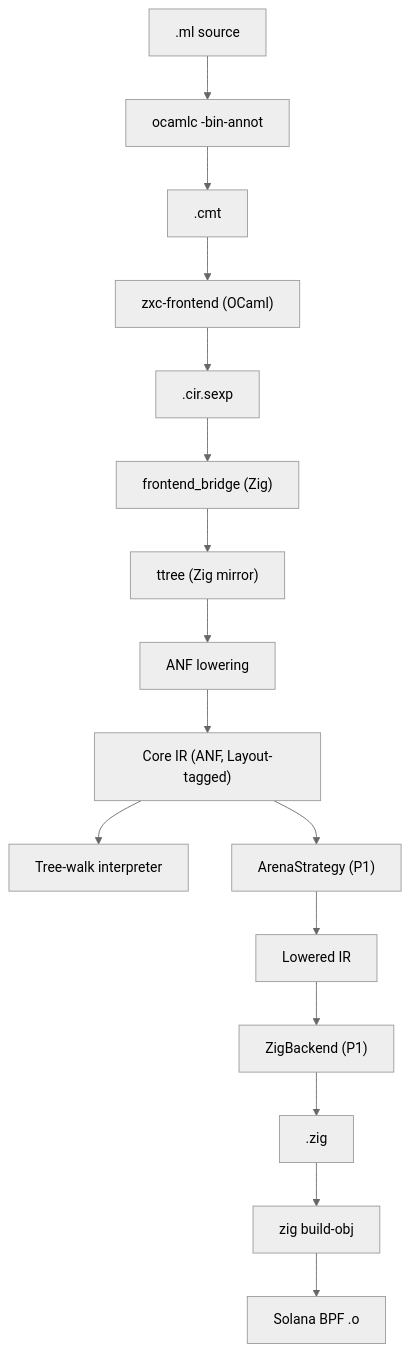
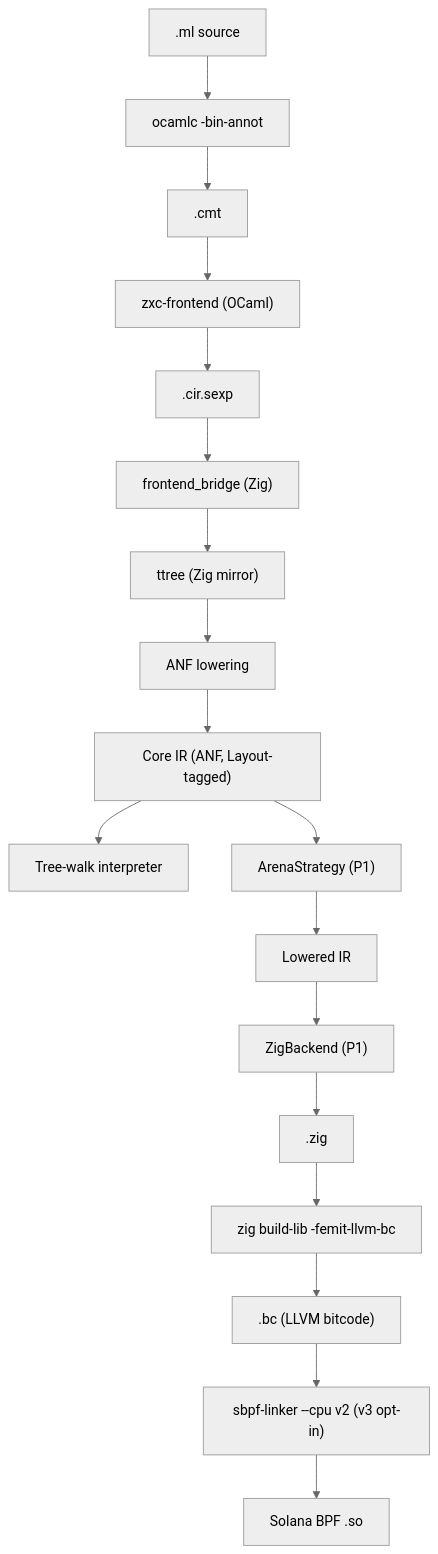
Before and after one commit to DaviRain-Su/zxcaml: the diagram in docs/01-architecture.md, drawn with Mermaid (neutral theme). The commit also changed other lines of this file and 1 other file, not shown here.

Commit message:
docs(architecture): align §4 mermaid diagram with §1 toolchain
The previous v3→v2 sweep updated all prose and code blocks but
missed the §4 mermaid diagram in 01-architecture.md, which still
showed `zig build-obj` and `BPF .o`. This change brings it in line
with §1 of the same file: zig build-lib → .bc → sbpf-linker → .so.

````diff
--- a/docs/01-architecture.md
+++ b/docs/01-architecture.md
@@ -152,23 +152,25 @@
 ```mermaid
 flowchart TD
     SRC[".ml source"]
     OCAMLC["ocamlc -bin-annot"]
     CMT[".cmt"]
     XFE["zxc-frontend (OCaml)"]
     SEXP[".cir.sexp"]
     BRIDGE["frontend_bridge (Zig)"]
     TT["ttree (Zig mirror)"]
     ANF["ANF lowering"]
     CIR["Core IR (ANF, Layout-tagged)"]
     INTERP["Tree-walk interpreter"]
     LSTRAT["ArenaStrategy (P1)"]
     LIR["Lowered IR"]
     BE["ZigBackend (P1)"]
     ZSRC[".zig"]
-    ZTOOL["zig build-obj"]
-    BPF["Solana BPF .o"]
+    ZTOOL["zig build-lib -femit-llvm-bc"]
+    BC[".bc (LLVM bitcode)"]
+    LINK["sbpf-linker --cpu v2 (v3 opt-in)"]
+    BPF["Solana BPF .so"]
 
     SRC --> OCAMLC --> CMT --> XFE --> SEXP --> BRIDGE --> TT --> ANF --> CIR
     CIR --> INTERP
-    CIR --> LSTRAT --> LIR --> BE --> ZSRC --> ZTOOL --> BPF
+    CIR --> LSTRAT --> LIR --> BE --> ZSRC --> ZTOOL --> BC --> LINK --> BPF
 ```
````
